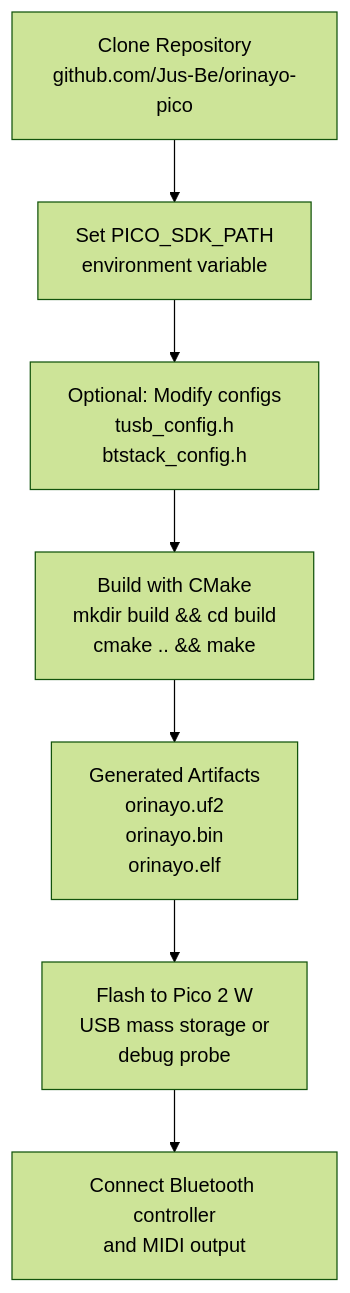
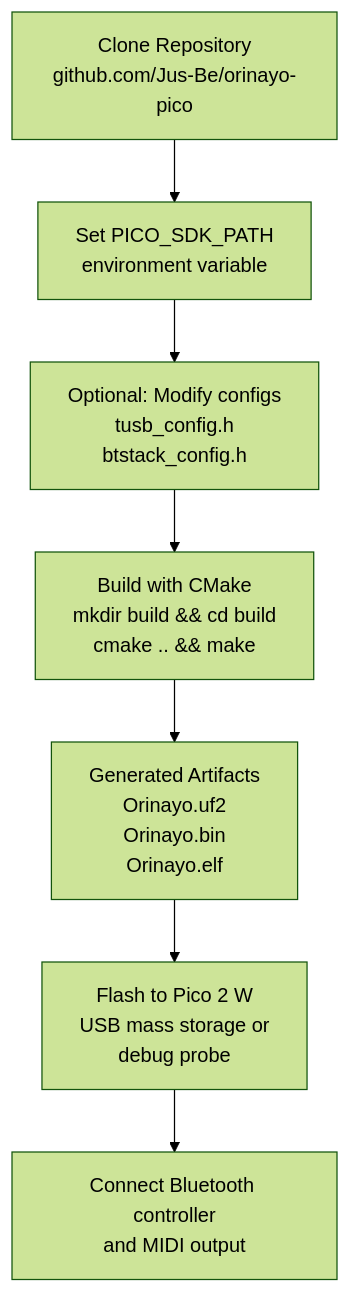
The first of 5 diagrams in wiki/2-getting-started.md (Jus-Be/orinayo-pico), drawn with Mermaid (forest theme) before and after one commit. The commit also changed other lines of this file and 42 other files, not shown here.

````diff
--- a/wiki/2-getting-started.md
+++ b/wiki/2-getting-started.md
@@ -33,18 +37,18 @@
 ```mermaid
 flowchart TD
 
 Clone["Clone Repository<br>github.com/Jus-Be/orinayo-pico"]
 SDK["Set PICO_SDK_PATH<br>environment variable"]
 Config["Optional: Modify configs<br>tusb_config.h<br>btstack_config.h"]
 Build["Build with CMake<br>mkdir build && cd build<br>cmake .. && make"]
-Artifacts["Generated Artifacts<br>orinayo.uf2<br>orinayo.bin<br>orinayo.elf"]
+Artifacts["Generated Artifacts<br>Orinayo.uf2<br>Orinayo.bin<br>Orinayo.elf"]
 Flash["Flash to Pico 2 W<br>USB mass storage or<br>debug probe"]
 Run["Connect Bluetooth controller<br>and MIDI output"]
 
 Clone --> SDK
 SDK --> Config
 Config --> Build
 Build --> Artifacts
 Artifacts --> Flash
 Flash --> Run
 ```
````
